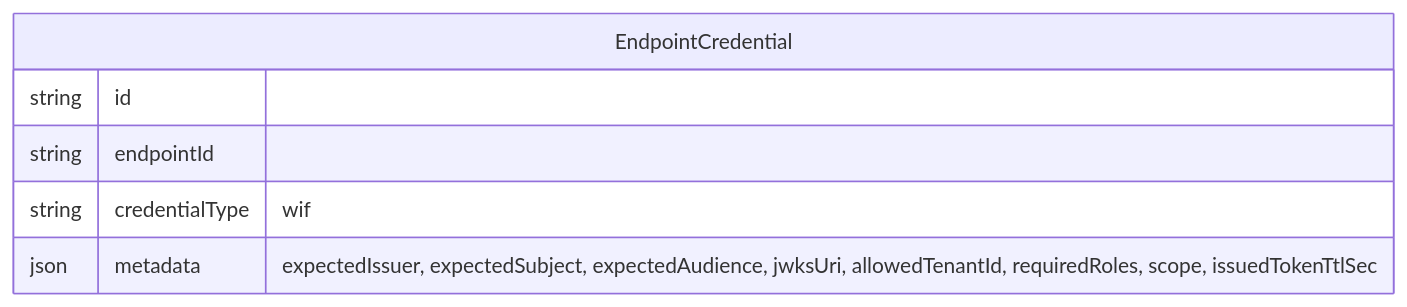
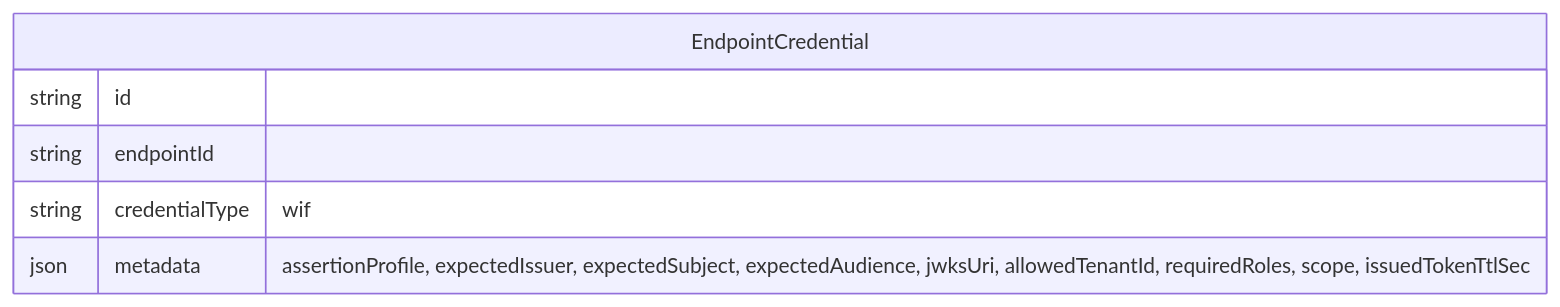
The ninth of 17 diagrams in docs/WIF_JWT_BEARER_ASSERTION_FOR_SCIM.md (pranems/SCIMServer), drawn with Mermaid before and after one commit. The commit also changed other lines of this file and 1 other file, not shown here.

````diff
--- a/docs/WIF_JWT_BEARER_ASSERTION_FOR_SCIM.md
+++ b/docs/WIF_JWT_BEARER_ASSERTION_FOR_SCIM.md
@@ -349,9 +414,9 @@
 ```mermaid
 erDiagram
     EndpointCredential {
         string id
         string endpointId
         string credentialType "wif"
-        json metadata "expectedIssuer, expectedSubject, expectedAudience, jwksUri, allowedTenantId, requiredRoles, scope, issuedTokenTtlSec"
+        json metadata "assertionProfile, expectedIssuer, expectedSubject, expectedAudience, jwksUri, allowedTenantId, requiredRoles, scope, issuedTokenTtlSec"
     }
 ```
````
